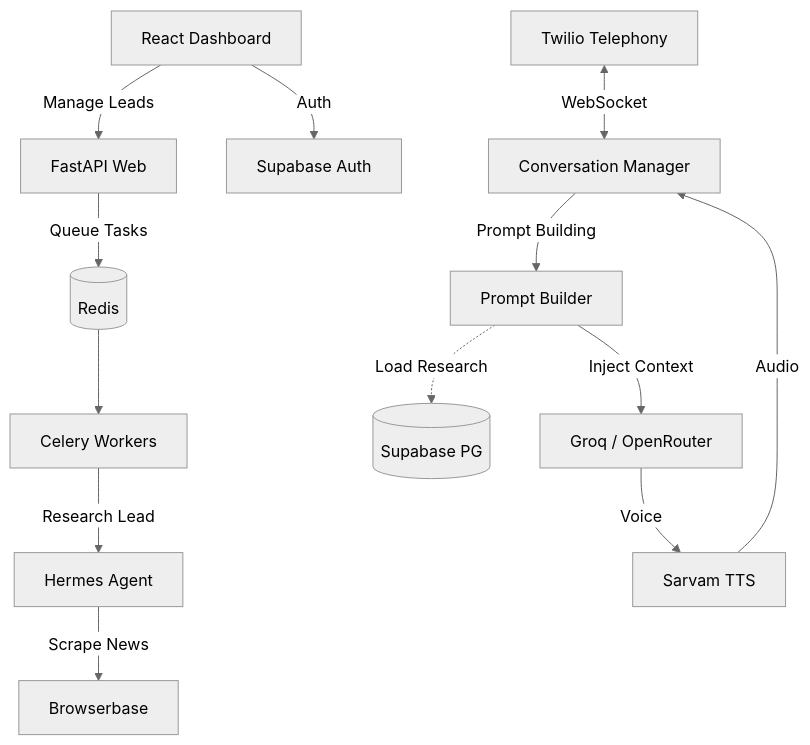
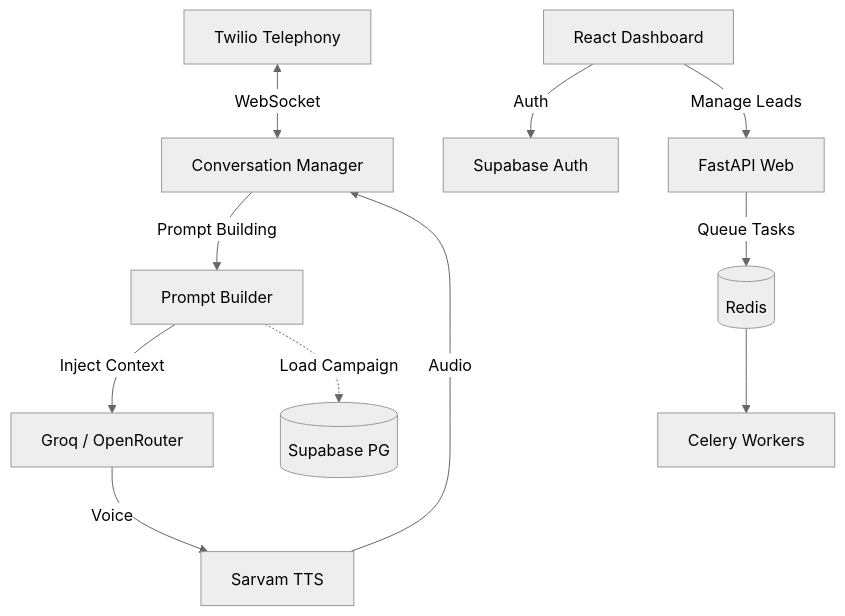
Before and after one commit to adminforhtt/VaniAI-Outbound-Calls-Sales-Agent: the diagram in README.md, drawn with Mermaid (neutral theme). The commit also changed other lines of this file and 6 other files, not shown here.

Commit message:
🧹 FINAL SWEEP: Purged all residual Hermes/Browserbase files, env vars, docs, and scripts from the project. Zero references remain.

````diff
--- a/README.md
+++ b/README.md
@@ -33,16 +32,14 @@
 ```mermaid
 graph TD;
     TW[Twilio Telephony] <--> |WebSocket| CM[Conversation Manager]
-    H[Hermes Agent] --> |Scrape News| BB[Browserbase]
     CM --> |Prompt Building| PB[Prompt Builder]
     PB --> |Inject Context| LLM[Groq / OpenRouter]
-    PB -.-> |Load Research| DB[(Supabase PG)]
+    PB -.-> |Load Campaign| DB[(Supabase PG)]
     LLM --> |Voice| TTS[Sarvam TTS]
     TTS --> |Audio| CM
     
     UI[React Dashboard] --> |Auth| SUPA[Supabase Auth]
     UI --> |Manage Leads| API[FastAPI Web]
     API --> |Queue Tasks| REDIS[(Redis)]
     REDIS --> CEL[Celery Workers]
-    CEL --> |Research Lead| H
 ```
````
